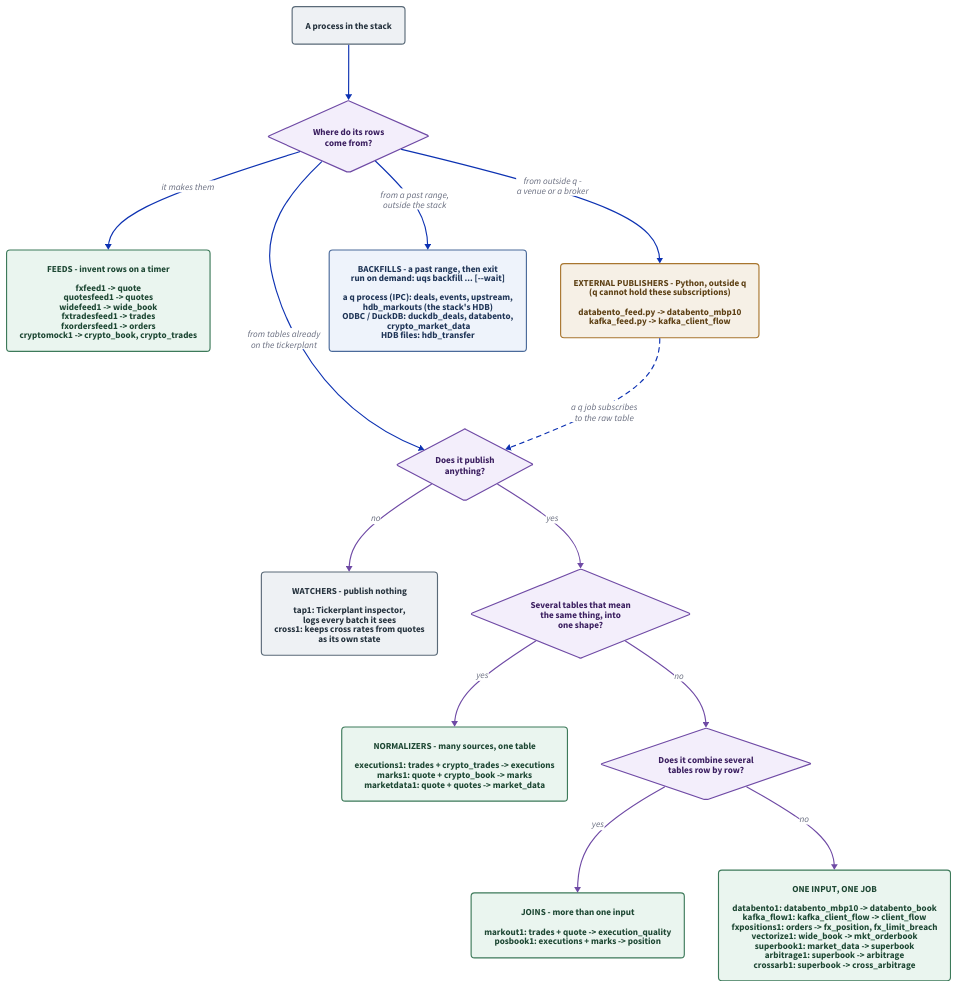
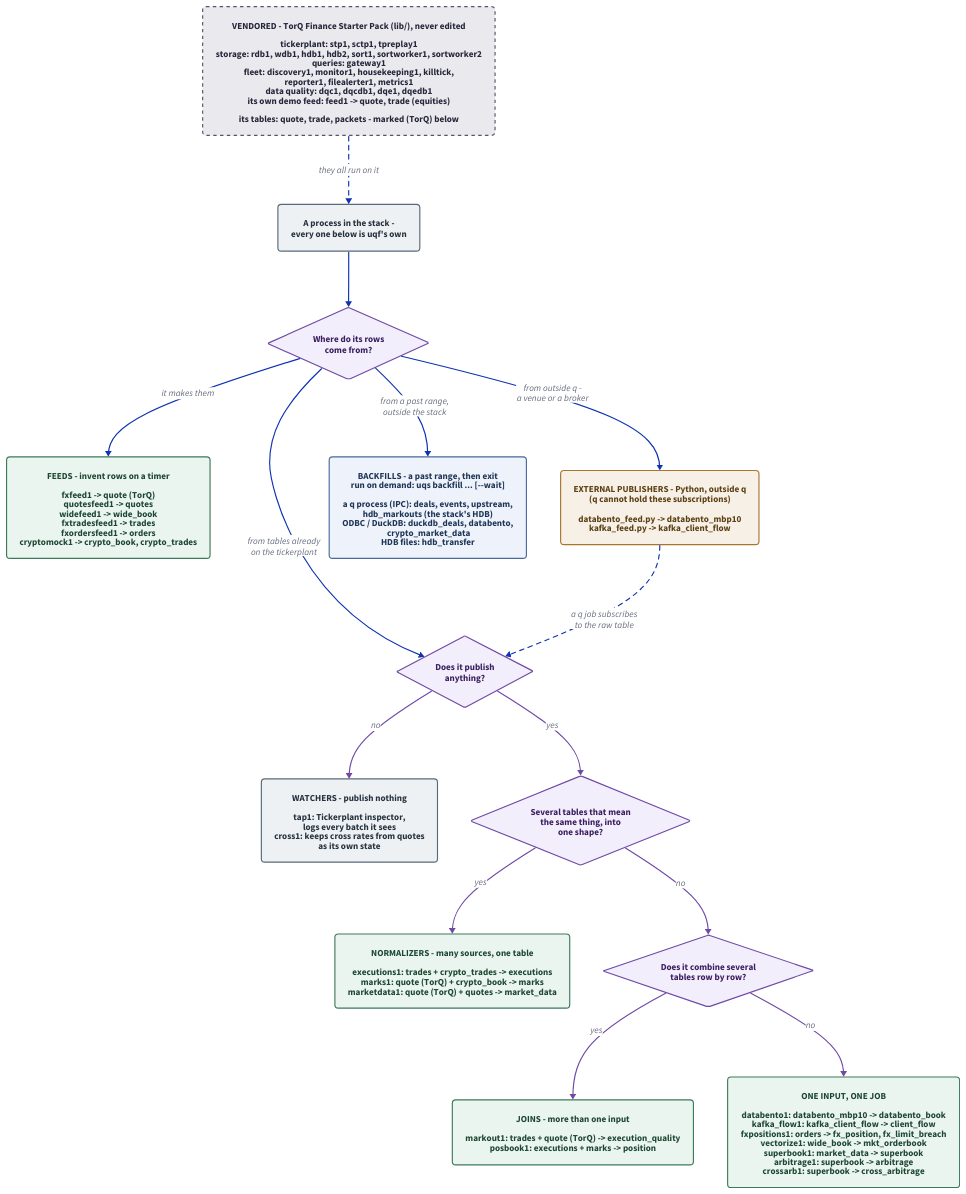
The diagram in docs/diagrams/services-showcase.d2 (kwojdalski/uqf), drawn with D2 before and after one commit. The commit also changed 2 other files, not shown here.

Commit message:
Docs: show vendored TorQ apart from uqf's own in the showcase diagram
A dashed box on top lists the TorQ Finance Starter Pack's 23 processes
(tickerplant, storage, gateway, fleet, data quality, its own feed1) and its
three tables; every process in the tree below is uqf's own. Vendored
tables in the leaves are marked (TorQ) - today `quote`, which fxfeed1
writes and markout1, marks1 and marketdata1 read.

```diff
--- a/docs/diagrams/services-showcase.d2
+++ b/docs/diagrams/services-showcase.d2
@@ -1,106 +1,125 @@
 # services-showcase.d2 - how the stack's processes differ, as a decision tree.
 #
 # Rendered by scripts/generate/render_diagrams.py, which CI runs with
 # --check. Embedded from docs/services/README.md.
 #
 # WHAT THIS DIAGRAM IS FOR. The showcase lists every process; this sorts them
 # by the two things that tell them apart: where their rows come from, and what
 # they do with the tables they read. Each leaf names its processes with the
 # tables they read and write, as the generated process table has them
 # (docs/reference/processes.md) - so it can be checked, not just believed.
 #
 # The Databento and Kafka processes are the easy ones to misread: the
 # PUBLISHER is a Python handler outside q (a q process cannot hold either
 # subscription), and databento1 / kafka_flow1 are ordinary subscribers to the
 # raw table it publishes. The drawing routes them through "from outside q"
 # and back into the subscriber questions for that reason.
+#
+# VENDORED vs OURS. Every process in the tree is uqf's own; the dashed box on
+# top is the TorQ Finance Starter Pack they run on (lib/, never edited) - its
+# 23 processes, as docs/reference/processes.md lists them, and its three
+# tables. A vendored table in a leaf is marked (TorQ): today that is `quote`,
+# which fxfeed1 writes beside TorQ's own feed1.
 
 direction: down
 
 vars: {
   d2-config: {
     pad: 40
   }
 }
 
 classes: {
   question: {
     shape: diamond
     style: {
       fill: "#f3eefb"
       stroke: "#6f4aa5"
       font-color: "#3a1e5f"
     }
   }
   group: {
     style: {
       fill: "#eaf5ef"
       stroke: "#3d7a5a"
       font-color: "#1d4733"
       border-radius: 6
     }
   }
   external: {
     style: {
       fill: "#f6f0e6"
       stroke: "#a8762f"
       font-color: "#5c3f13"
       border-radius: 6
     }
   }
   bounded: {
     style: {
       fill: "#eef3fb"
       stroke: "#4a6a9a"
       font-color: "#1f3557"
       border-radius: 6
     }
   }
+  vendored: {
+    style: {
+      fill: "#e9e9ee"
+      stroke: "#55556a"
+      font-color: "#26263a"
+      border-radius: 6
+      stroke-dash: 3
+    }
+  }
   quiet: {
     style: {
       fill: "#eef1f4"
       stroke: "#5a6a78"
       font-color: "#25323d"
       border-radius: 6
     }
   }
 }
 
-start: "A process in the stack" { class: quiet }
+vendored: "VENDORED - TorQ Finance Starter Pack (lib/), never edited\n\ntickerplant: stp1, sctp1, tpreplay1\nstorage: rdb1, wdb1, hdb1, hdb2, sort1, sortworker1, sortworker2\nqueries: gateway1\nfleet: discovery1, monitor1, housekeeping1, killtick,\nreporter1, filealerter1, metrics1\ndata quality: dqc1, dqcdb1, dqe1, dqedb1\nits own demo feed: feed1 -> quote, trade (equities)\n\nits tables: quote, trade, packets - marked (TorQ) below" { class: vendored }
+
+start: "A process in the stack -\nevery one below is uqf's own" { class: quiet }
+
+vendored -> start: "they all run on it" { style.stroke-dash: 4 }
 
 q_source: "Where do its rows\ncome from?" { class: question }
 
-feeds: "FEEDS - invent rows on a timer\n\nfxfeed1 -> quote\nquotesfeed1 -> quotes\nwidefeed1 -> wide_book\nfxtradesfeed1 -> trades\nfxordersfeed1 -> orders\ncryptomock1 -> crypto_book, crypto_trades" { class: group }
+feeds: "FEEDS - invent rows on a timer\n\nfxfeed1 -> quote (TorQ)\nquotesfeed1 -> quotes\nwidefeed1 -> wide_book\nfxtradesfeed1 -> trades\nfxordersfeed1 -> orders\ncryptomock1 -> crypto_book, crypto_trades" { class: group }
 
 external: "EXTERNAL PUBLISHERS - Python, outside q\n(q cannot hold these subscriptions)\n\ndatabento_feed.py -> databento_mbp10\nkafka_feed.py -> kafka_client_flow" { class: external }
 
 backfills: "BACKFILLS - a past range, then exit\nrun on demand: uqs backfill ... [--wait]\n\na q process (IPC): deals, events, upstream,\nhdb_markouts (the stack's HDB)\nODBC / DuckDB: duckdb_deals, databento,\n crypto_market_data\nHDB files: hdb_transfer" { class: bounded }
 
 q_publish: "Does it publish\nanything?" { class: question }
 
 quiet_leaves: "WATCHERS - publish nothing\n\ntap1: Tickerplant inspector,\nlogs every batch it sees\ncross1: keeps cross rates from quotes\nas its own state" { class: quiet }
 
 q_same: "Several tables that mean\nthe same thing, into\none shape?" { class: question }
 
-normalizers: "NORMALIZERS - many sources, one table\n\nexecutions1: trades + crypto_trades -> executions\nmarks1: quote + crypto_book -> marks\nmarketdata1: quote + quotes -> market_data" { class: group }
+normalizers: "NORMALIZERS - many sources, one table\n\nexecutions1: trades + crypto_trades -> executions\nmarks1: quote (TorQ) + crypto_book -> marks\nmarketdata1: quote (TorQ) + quotes -> market_data" { class: group }
 
 q_join: "Does it combine several\ntables row by row?" { class: question }
 
-joins: "JOINS - more than one input\n\nmarkout1: trades + quote -> execution_quality\nposbook1: executions + marks -> position" { class: group }
+joins: "JOINS - more than one input\n\nmarkout1: trades + quote (TorQ) -> execution_quality\nposbook1: executions + marks -> position" { class: group }
 
 single: "ONE INPUT, ONE JOB\n\ndatabento1: databento_mbp10 -> databento_book\nkafka_flow1: kafka_client_flow -> client_flow\nfxpositions1: orders -> fx_position, fx_limit_breach\nvectorize1: wide_book -> mkt_orderbook\nsuperbook1: market_data -> superbook\narbitrage1: superbook -> arbitrage\ncrossarb1: superbook -> cross_arbitrage" { class: group }
 
 start -> q_source
 q_source -> feeds: "it makes them"
 q_source -> external: "from outside q -\na venue or a broker"
 q_source -> q_publish: "from tables already\non the tickerplant"
 q_source -> backfills: "from a past range,\noutside the stack"
 
 external -> q_publish: "a q job subscribes\nto the raw table" { style.stroke-dash: 4 }
 
 q_publish -> quiet_leaves: "no" { style.stroke: "#6f4aa5" }
 q_publish -> q_same: "yes" { style.stroke: "#6f4aa5" }
 q_same -> normalizers: "yes" { style.stroke: "#6f4aa5" }
 q_same -> q_join: "no" { style.stroke: "#6f4aa5" }
 q_join -> joins: "yes" { style.stroke: "#6f4aa5" }
 q_join -> single: "no" { style.stroke: "#6f4aa5" }
```
